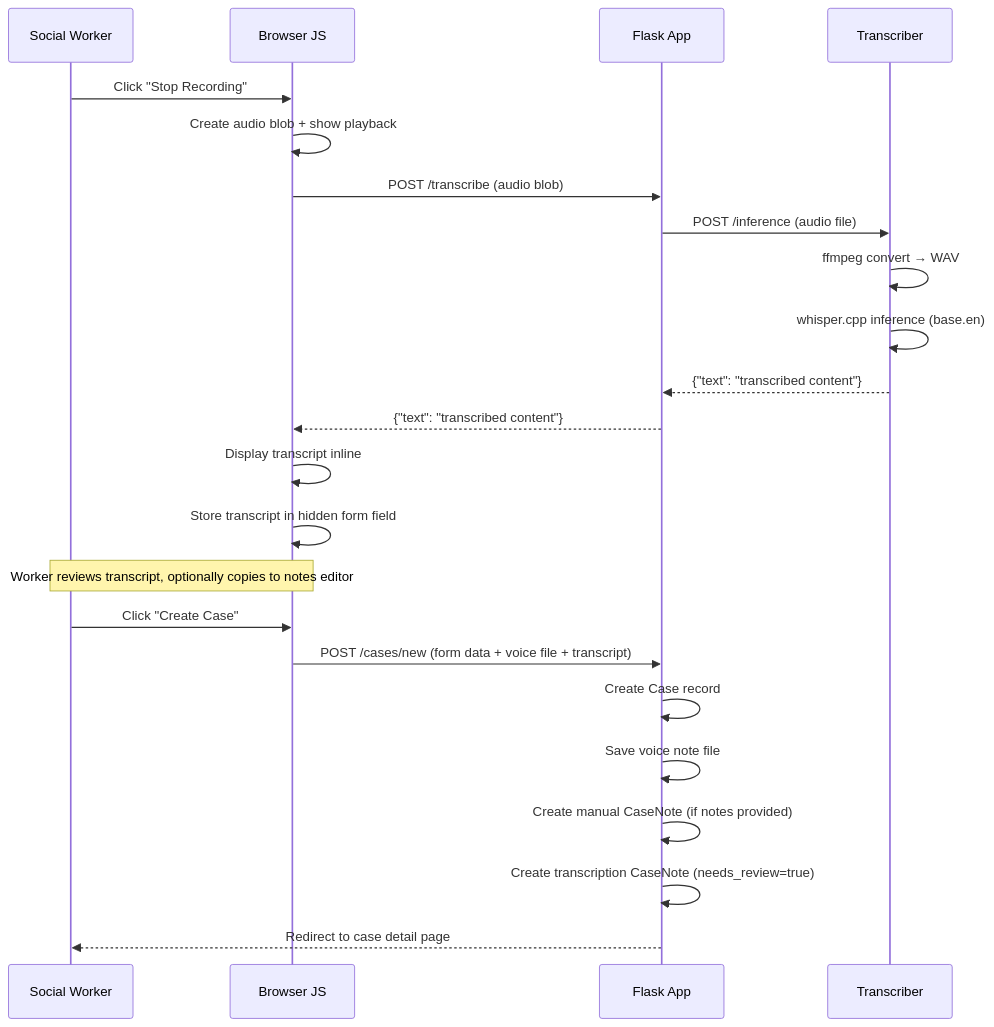
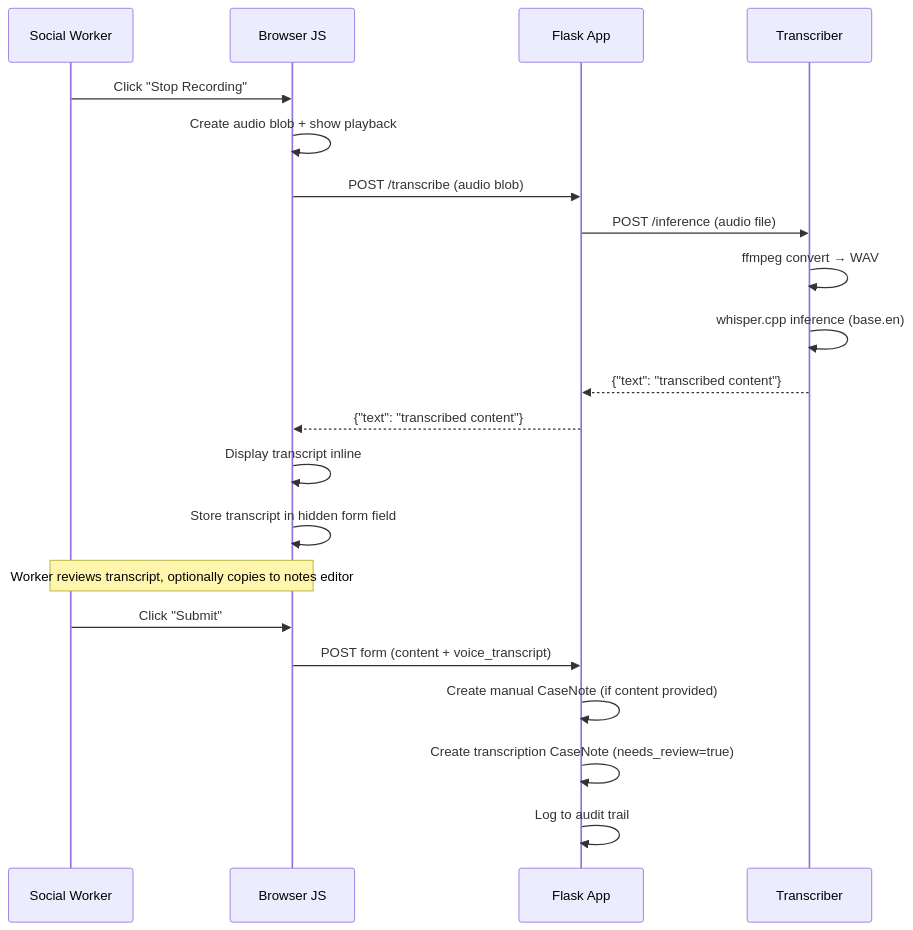
One commit to enkaypeter/quick-capture changed the fourth of 6 diagrams in docs/architecture.md. Above: the diagram before and after it, drawn with Mermaid. The commit also changed other lines of this file and 6 other files, not shown here.

Commit message:
chore: include architectural docs

````diff
--- a/docs/architecture.md
+++ b/docs/architecture.md
@@ -169,26 +273,24 @@
 ```mermaid
 sequenceDiagram
     participant W as Social Worker
     participant Browser as Browser JS
     participant App as Flask App
     participant T as Transcriber
 
     W->>Browser: Click "Stop Recording"
     Browser->>Browser: Create audio blob + show playback
     Browser->>App: POST /transcribe (audio blob)
     App->>T: POST /inference (audio file)
     T->>T: ffmpeg convert → WAV
     T->>T: whisper.cpp inference (base.en)
     T-->>App: {"text": "transcribed content"}
     App-->>Browser: {"text": "transcribed content"}
     Browser->>Browser: Display transcript inline
     Browser->>Browser: Store transcript in hidden form field
     Note over W,Browser: Worker reviews transcript, optionally copies to notes editor
-    W->>Browser: Click "Create Case"
-    Browser->>App: POST /cases/new (form data + voice file + transcript)
-    App->>App: Create Case record
-    App->>App: Save voice note file
-    App->>App: Create manual CaseNote (if notes provided)
+    W->>Browser: Click "Submit"
+    Browser->>App: POST form (content + voice_transcript)
+    App->>App: Create manual CaseNote (if content provided)
     App->>App: Create transcription CaseNote (needs_review=true)
-    App-->>W: Redirect to case detail page
+    App->>App: Log to audit trail
 ```
````
